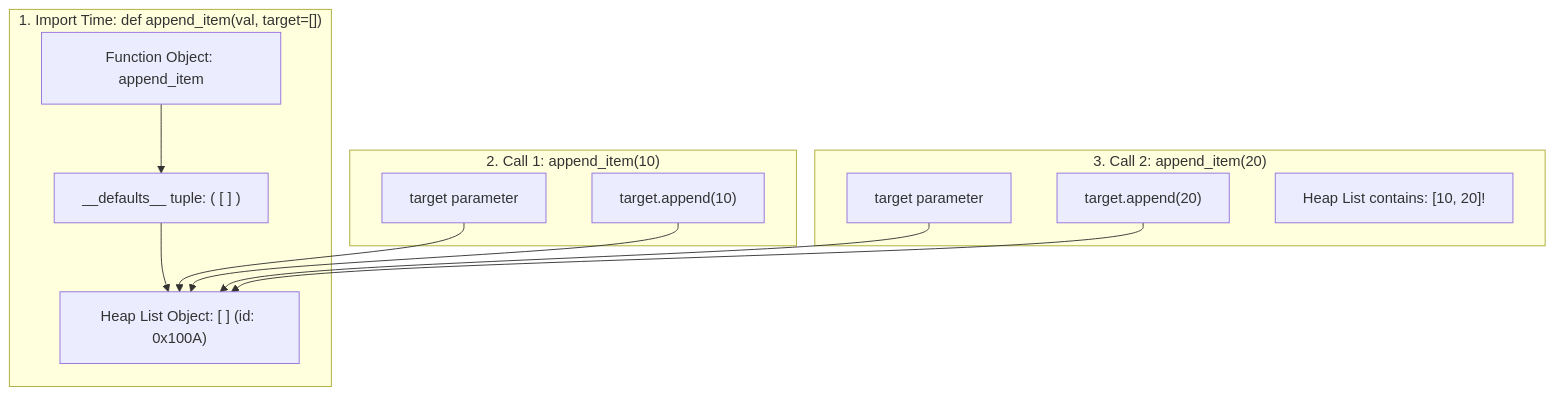
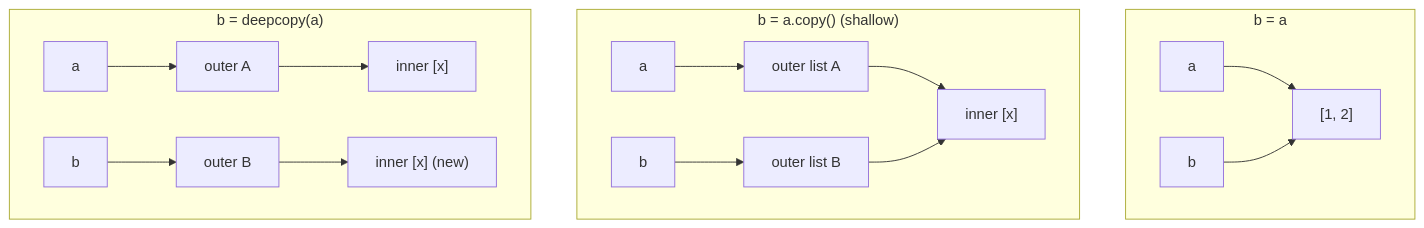
The diagram in content/lld/27-python-interview/02-mutability-identity-and-copying/README.md (TapanKumarBarik/Backend-roadmap), drawn with Mermaid before and after one commit. The commit also changed other lines of this file and 68 other files, not shown here.

````diff
--- a/content/lld/27-python-interview/02-mutability-identity-and-copying/README.md
+++ b/content/lld/27-python-interview/02-mutability-identity-and-copying/README.md
@@ -42,21 +39,17 @@
 ```mermaid
 flowchart TD
-    subgraph ImportTime["1. Import Time: def append_item(val, target=[])"]
-        FuncObj["Function Object: append_item"]
-        Defaults["__defaults__ tuple: ( [ ] )"]
-        HeapList["Heap List Object: [ ] (id: 0x100A)"]
-        FuncObj --> Defaults
-        Defaults --> HeapList
-    end
-
-    subgraph CallOne["2. Call 1: append_item(10)"]
-        Param1["target parameter"] --> HeapList
-        Append1["target.append(10)"] --> HeapList
-    end
-
-    subgraph CallTwo["3. Call 2: append_item(20)"]
-        Param2["target parameter"] --> HeapList
-        Append2["target.append(20)"] --> HeapList
-        Result["Heap List contains: [10, 20]!"]
-    end
+  subgraph Alias["b = a"]
+    a1["a"] --> L1["[1, 2]"]
+    b1["b"] --> L1
+  end
+  subgraph Shallow["b = a.copy()  (shallow)"]
+    a2["a"] --> OA["outer list A"]
+    b2["b"] --> OB["outer list B"]
+    OA --> Inner["inner [x]"]
+    OB --> Inner
+  end
+  subgraph Deep["b = deepcopy(a)"]
+    a3["a"] --> OA3["outer A"] --> In1["inner [x]"]
+    b3["b"] --> OB3["outer B"] --> In2["inner [x] (new)"]
+  end
 ```
````
